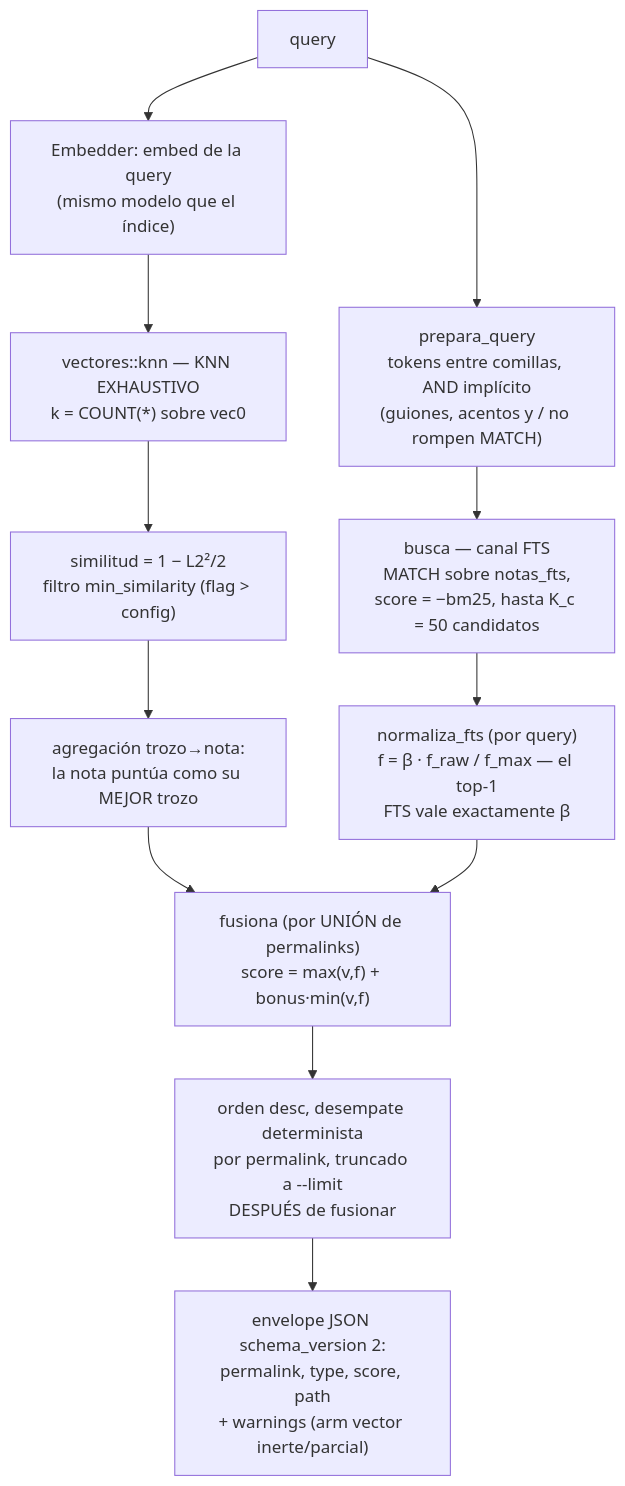
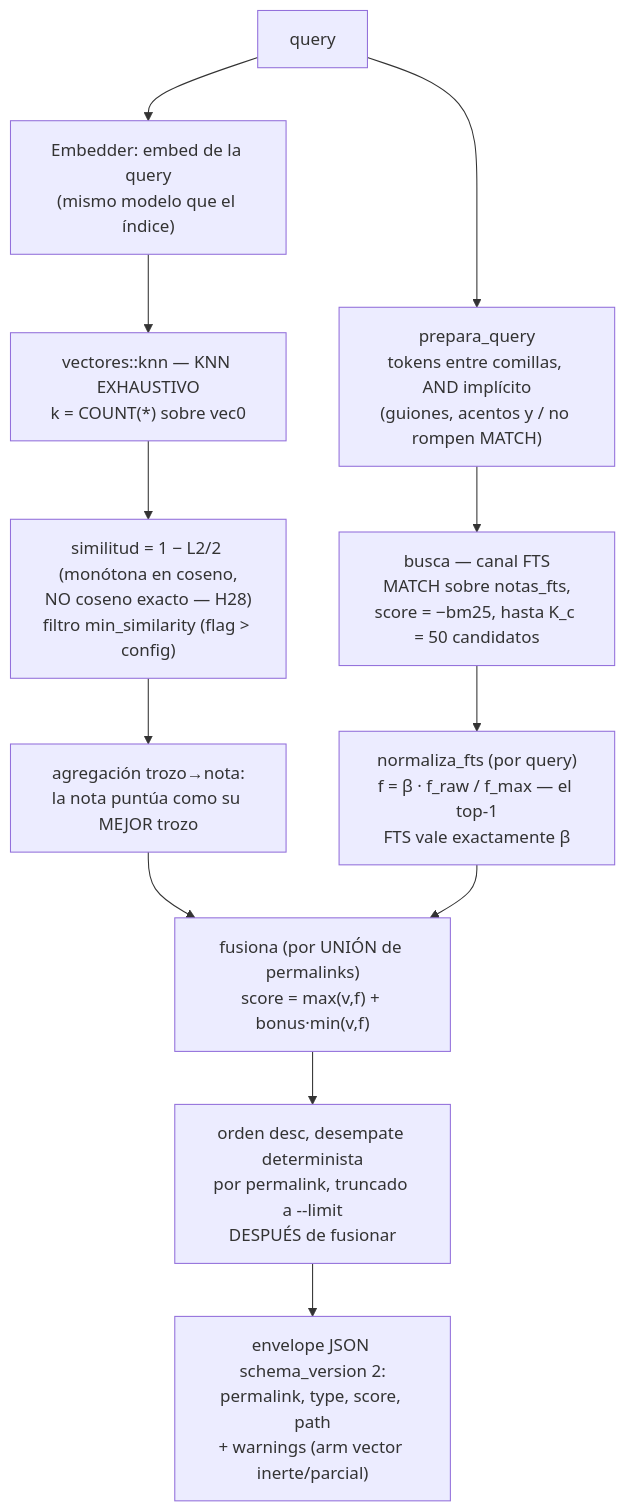
The third of 4 diagrams in docs/arquitectura.md (pguerrerolinares/exo), drawn with Mermaid before and after one commit. The commit also changed other lines of this file and 5 other files, not shown here.

````diff
--- a/docs/arquitectura.md
+++ b/docs/arquitectura.md
@@ -226,14 +233,14 @@
 ```mermaid
 flowchart TD
     Q["query"] --> FTSQ["prepara_query<br/>tokens entre comillas, AND implícito<br/>(guiones, acentos y / no rompen MATCH)"]
     FTSQ --> FTS["busca — canal FTS<br/>MATCH sobre notas_fts,<br/>score = −bm25, hasta K_c = 50 candidatos"]
     Q --> EMBQ["Embedder: embed de la query<br/>(mismo modelo que el índice)"]
     EMBQ --> KNN["vectores::knn — KNN EXHAUSTIVO<br/>k = COUNT(*) sobre vec0"]
-    KNN --> SIM["similitud = 1 − L2²/2<br/>filtro min_similarity (flag > config)"]
+    KNN --> SIM["similitud = 1 − L2/2 (monótona en coseno,<br/>NO coseno exacto — H28)<br/>filtro min_similarity (flag > config)"]
     SIM --> AGG["agregación trozo→nota:<br/>la nota puntúa como su MEJOR trozo"]
     FTS --> NORM["normaliza_fts (por query)<br/>f = β · f_raw / f_max — el top-1<br/>FTS vale exactamente β"]
     AGG --> FUS["fusiona (por UNIÓN de permalinks)<br/>score = max(v,f) + bonus·min(v,f)"]
     NORM --> FUS
     FUS --> ORD["orden desc, desempate determinista<br/>por permalink, truncado a --limit<br/>DESPUÉS de fusionar"]
     ORD --> OUT["envelope JSON schema_version 2:<br/>permalink, type, score, path<br/>+ warnings (arm vector inerte/parcial)"]
 ```
````
